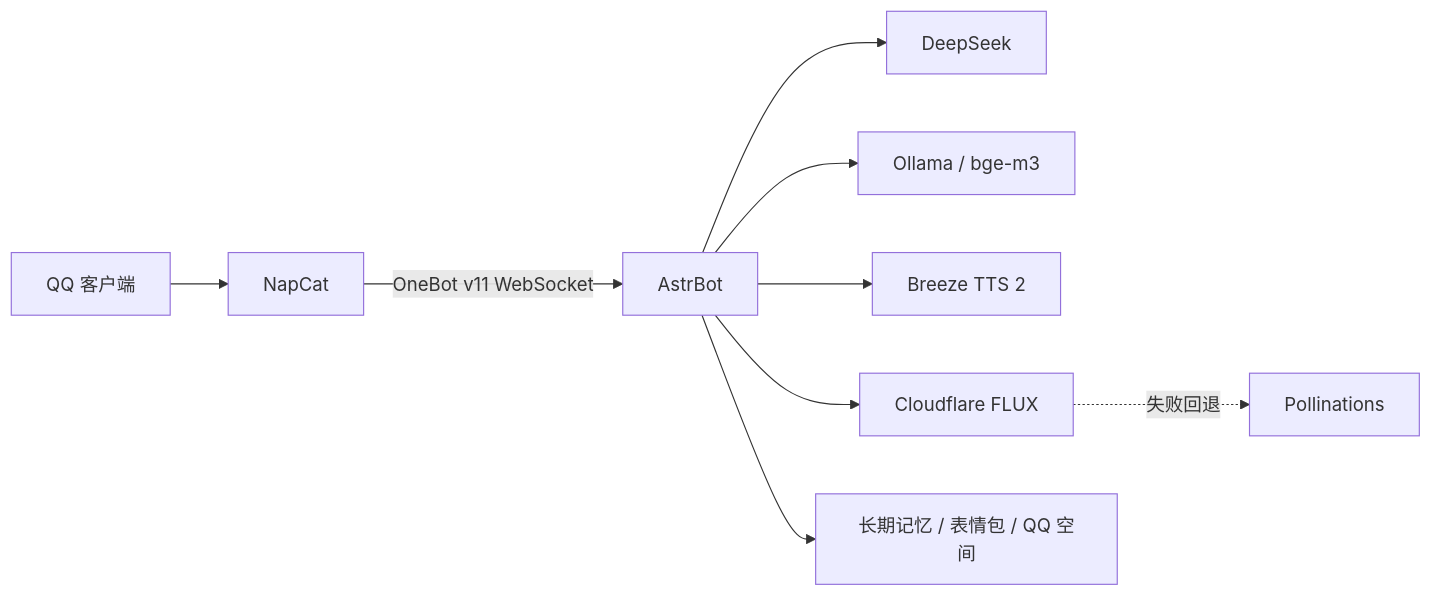
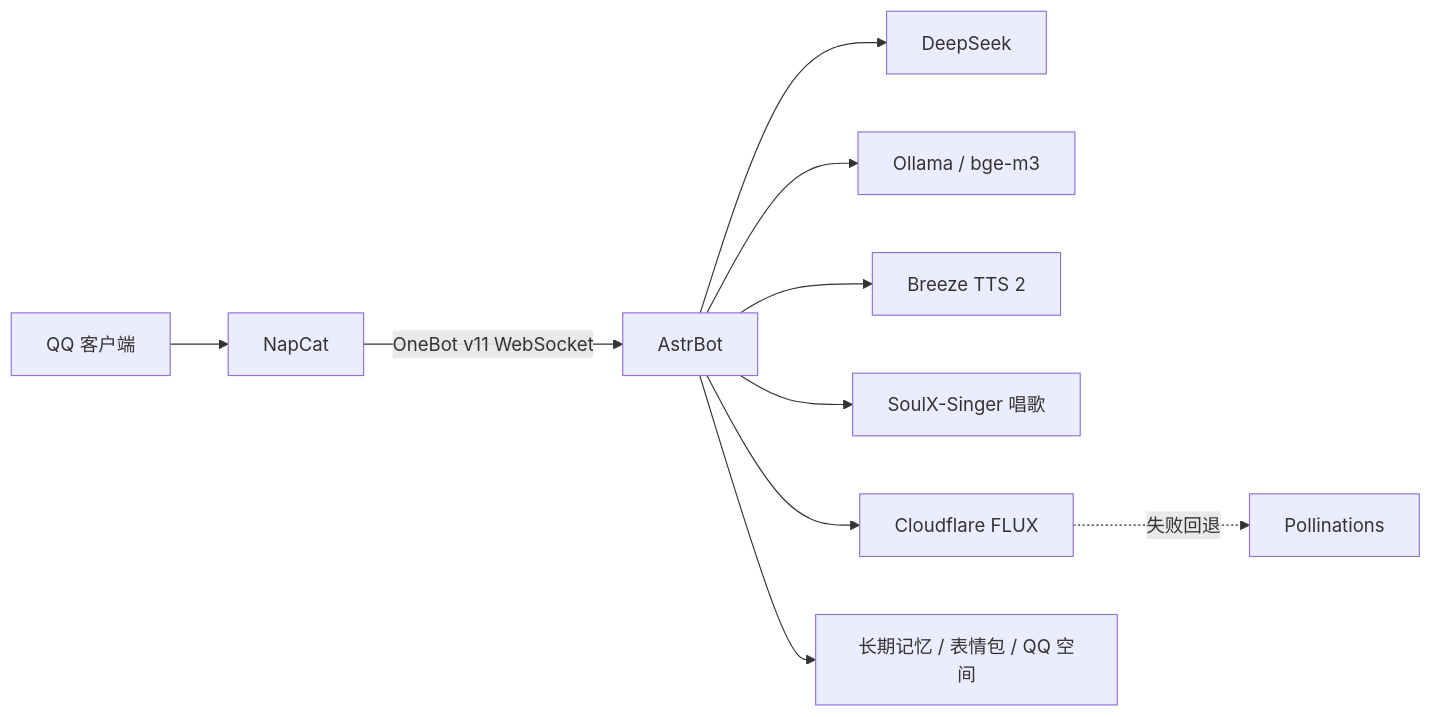
The diagram in README.md (linjunxin222/dafeiyu-QQ-bot), drawn with Mermaid before and after one commit. The commit also changed other lines of this file and 8 other files, not shown here.

````diff
--- a/README.md
+++ b/README.md
@@ -40,11 +41,12 @@
 ```mermaid
 flowchart LR
     QQ[QQ 客户端] --> N[NapCat]
     N -->|OneBot v11 WebSocket| A[AstrBot]
     A --> D[DeepSeek]
     A --> O[Ollama / bge-m3]
     A --> B[Breeze TTS 2]
+    A --> S[SoulX-Singer 唱歌]
     A --> C[Cloudflare FLUX]
     C -. 失败回退 .-> P[Pollinations]
     A --> M[长期记忆 / 表情包 / QQ 空间]
 ```
````
